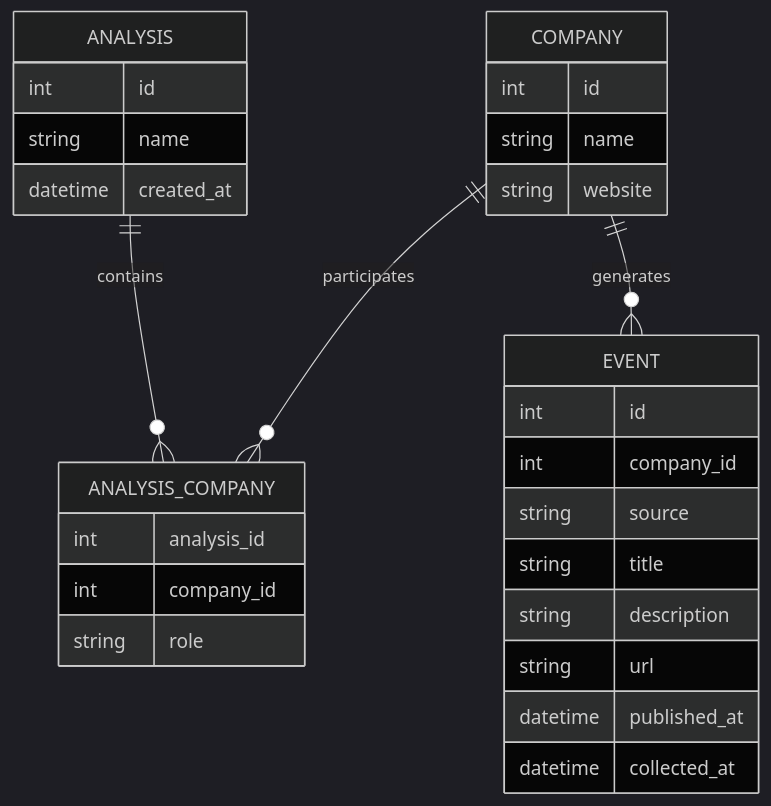
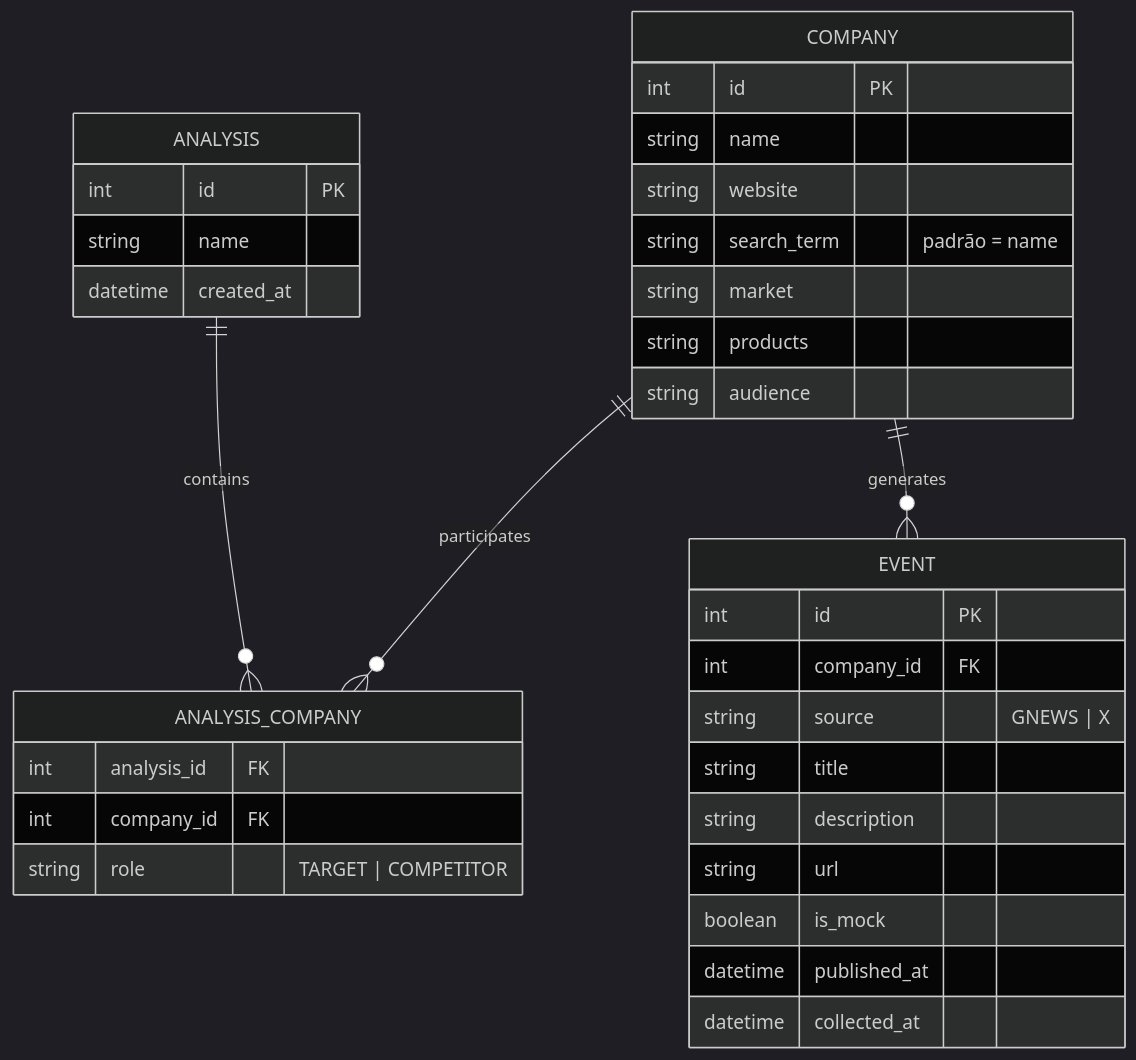
The second of 4 diagrams in docs/arquitetura.md (bisb-inc/bisb), drawn with Mermaid (dark theme) before and after one commit. The commit also changed other lines of this file and 7 other files, not shown here.

````diff
--- a/docs/arquitetura.md
+++ b/docs/arquitetura.md
@@ -21,32 +40,37 @@
 ```mermaid
 erDiagram
     ANALYSIS ||--o{ ANALYSIS_COMPANY : contains
     COMPANY ||--o{ ANALYSIS_COMPANY : participates
     COMPANY ||--o{ EVENT : generates
 
     ANALYSIS {
-        int id
+        int id PK
         string name
         datetime created_at
     }
     COMPANY {
-        int id
+        int id PK
         string name
         string website
+        string search_term "padrão = name"
+        string market
+        string products
+        string audience
     }
     ANALYSIS_COMPANY {
-        int analysis_id
-        int company_id
-        string role
+        int analysis_id FK
+        int company_id FK
+        string role "TARGET | COMPETITOR"
     }
     EVENT {
-        int id
-        int company_id
-        string source
+        int id PK
+        int company_id FK
+        string source "GNEWS | X"
         string title
         string description
         string url
+        boolean is_mock
         datetime published_at
         datetime collected_at
     }
 ```
````
